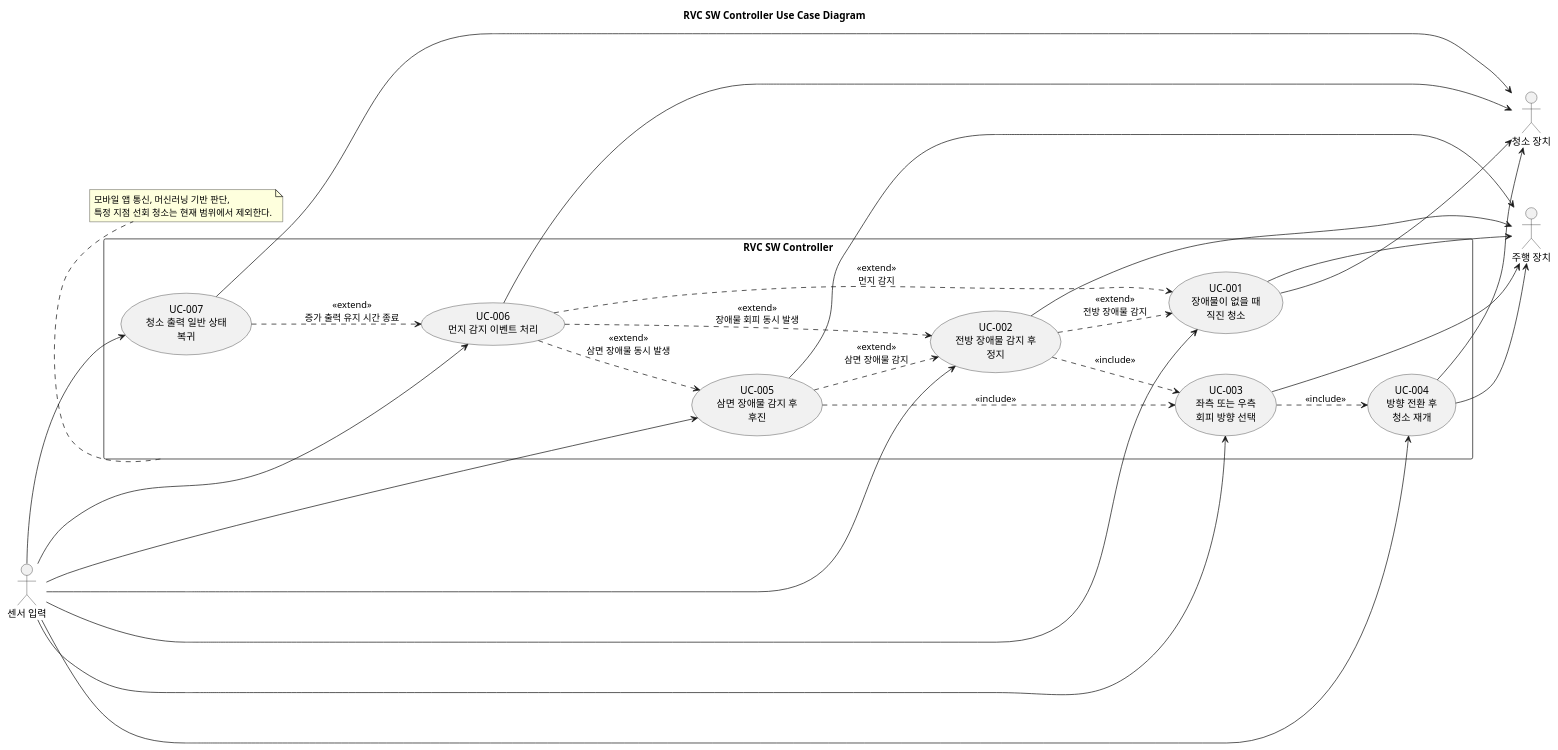
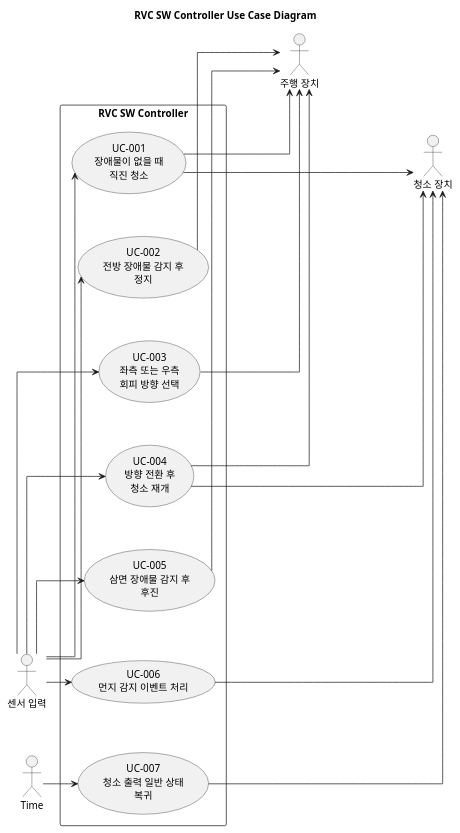
One commit to OOAD-Team3/Robot-Vacuum-Cleaner-AI changed the diagram in docs/usecase-diagram.puml. Above: the diagram before and after it, drawn with PlantUML. The commit also changed 1 other file, not shown here.

Commit message:
docs: 유스케이스 다이어그램 및 도메인 모델 수정

```diff
--- a/docs/usecase-diagram.puml
+++ b/docs/usecase-diagram.puml
@@ -1,56 +1,52 @@
 @startuml RVC_Use_Case_Diagram
 title RVC SW Controller Use Case Diagram
-left to right direction
 
 skinparam packageStyle rectangle
 skinparam shadowing false
+skinparam linetype ortho
 
 actor "센서 입력" as Sensor
+actor "Time" as Time
 actor "주행 장치" as Drive
 actor "청소 장치" as Cleaner
 
 rectangle "RVC SW Controller" as System {
   usecase "UC-001\n장애물이 없을 때\n직진 청소" as UC001
   usecase "UC-002\n전방 장애물 감지 후\n정지" as UC002
   usecase "UC-003\n좌측 또는 우측\n회피 방향 선택" as UC003
   usecase "UC-004\n방향 전환 후\n청소 재개" as UC004
   usecase "UC-005\n삼면 장애물 감지 후\n후진" as UC005
   usecase "UC-006\n먼지 감지 이벤트 처리" as UC006
   usecase "UC-007\n청소 출력 일반 상태\n복귀" as UC007
+
+  UC001 -[hidden]d-> UC002
+  UC002 -[hidden]d-> UC003
+  UC003 -[hidden]d-> UC004
+  UC004 -[hidden]d-> UC005
+  UC005 -[hidden]d-> UC006
+  UC006 -[hidden]d-> UC007
 }
 
-Sensor --> UC001
-Sensor --> UC002
-Sensor --> UC003
-Sensor --> UC004
-Sensor --> UC005
-Sensor --> UC006
-Sensor --> UC007
+Sensor -[hidden]d-> Time
+Drive -[hidden]d-> Cleaner
 
-UC001 --> Drive
-UC002 --> Drive
-UC003 --> Drive
-UC004 --> Drive
-UC005 --> Drive
+Sensor -l-> UC001
+Sensor -l-> UC002
+Sensor -l-> UC003
+Sensor -l-> UC004
+Sensor -l-> UC005
+Sensor -l-> UC006
+Time -l-> UC007
 
-UC001 --> Cleaner
-UC004 --> Cleaner
-UC006 --> Cleaner
-UC007 --> Cleaner
+UC001 -l-> Drive
+UC002 -l-> Drive
+UC003 -l-> Drive
+UC004 -l-> Drive
+UC005 -l-> Drive
 
-UC002 ..> UC001 : <<extend>>\n전방 장애물 감지
-UC006 ..> UC001 : <<extend>>\n먼지 감지
-UC005 ..> UC002 : <<extend>>\n삼면 장애물 감지
-UC002 ..> UC003 : <<include>>
-UC003 ..> UC004 : <<include>>
-UC005 ..> UC003 : <<include>>
-UC006 ..> UC002 : <<extend>>\n장애물 회피 동시 발생
-UC006 ..> UC005 : <<extend>>\n삼면 장애물 동시 발생
-UC007 ..> UC006 : <<extend>>\n증가 출력 유지 시간 종료
-
-note bottom of System
-  모바일 앱 통신, 머신러닝 기반 판단,
-  특정 지점 선회 청소는 현재 범위에서 제외한다.
-end note
+UC001 -l-> Cleaner
+UC004 -l-> Cleaner
+UC006 -l-> Cleaner
+UC007 -l-> Cleaner
 
 @enduml
```
